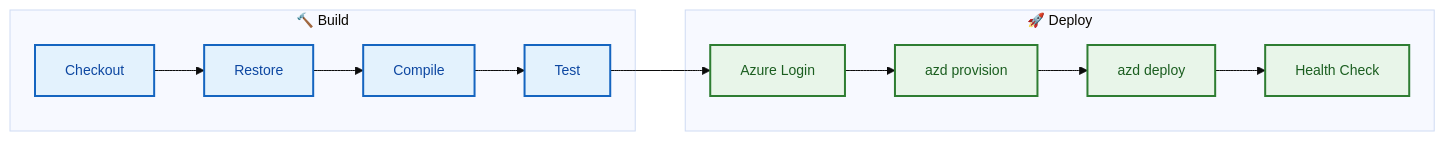
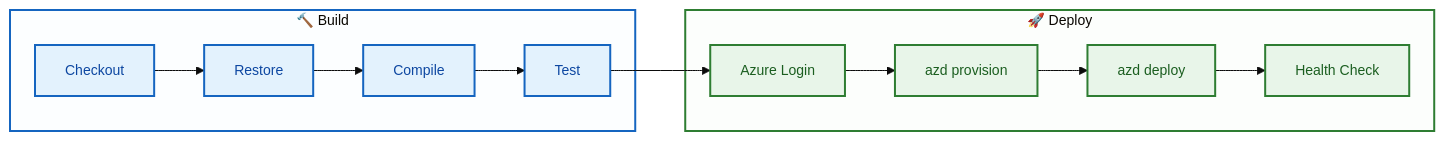
Before and after one commit to Evilazaro/Azure-LogicApps-Monitoring: the fourth of 4 diagrams in docs/architecture/07-deployment-architecture.md, drawn with Mermaid. The commit also changed other lines of this file, not shown here.

Commit message:
Enhance deployment architecture diagrams with improved subgraph container styling for better visual layer grouping

````diff
--- a/docs/architecture/07-deployment-architecture.md
+++ b/docs/architecture/07-deployment-architecture.md
@@ -481,32 +493,36 @@
 ```mermaid
 %%{init: {'theme': 'base', 'themeVariables': { 'fontSize': '14px'}}}%%
 flowchart LR
     subgraph Build["🔨 Build"]
         Checkout["Checkout"]
         Restore["Restore"]
         Compile["Compile"]
         Test["Test"]
     end
 
     subgraph Deploy["🚀 Deploy"]
         Login["Azure Login"]
         Provision["azd provision"]
         DeployApp["azd deploy"]
         Verify["Health Check"]
     end
 
     Checkout --> Restore
     Restore --> Compile
     Compile --> Test
     Test --> Login
     Login --> Provision
     Provision --> DeployApp
     DeployApp --> Verify
 
     %% Accessible color palette for pipeline stages
     classDef build fill:#e3f2fd,stroke:#1565c0,stroke-width:2px,color:#0d47a1
     classDef deploy fill:#e8f5e9,stroke:#2e7d32,stroke-width:2px,color:#1b5e20
 
     class Checkout,Restore,Compile,Test build
     class Login,Provision,DeployApp,Verify deploy
+
+    %% Subgraph container styling for visual layer grouping
+    style Build fill:#e3f2fd22,stroke:#1565c0,stroke-width:2px
+    style Deploy fill:#e8f5e922,stroke:#2e7d32,stroke-width:2px
 ```
````
